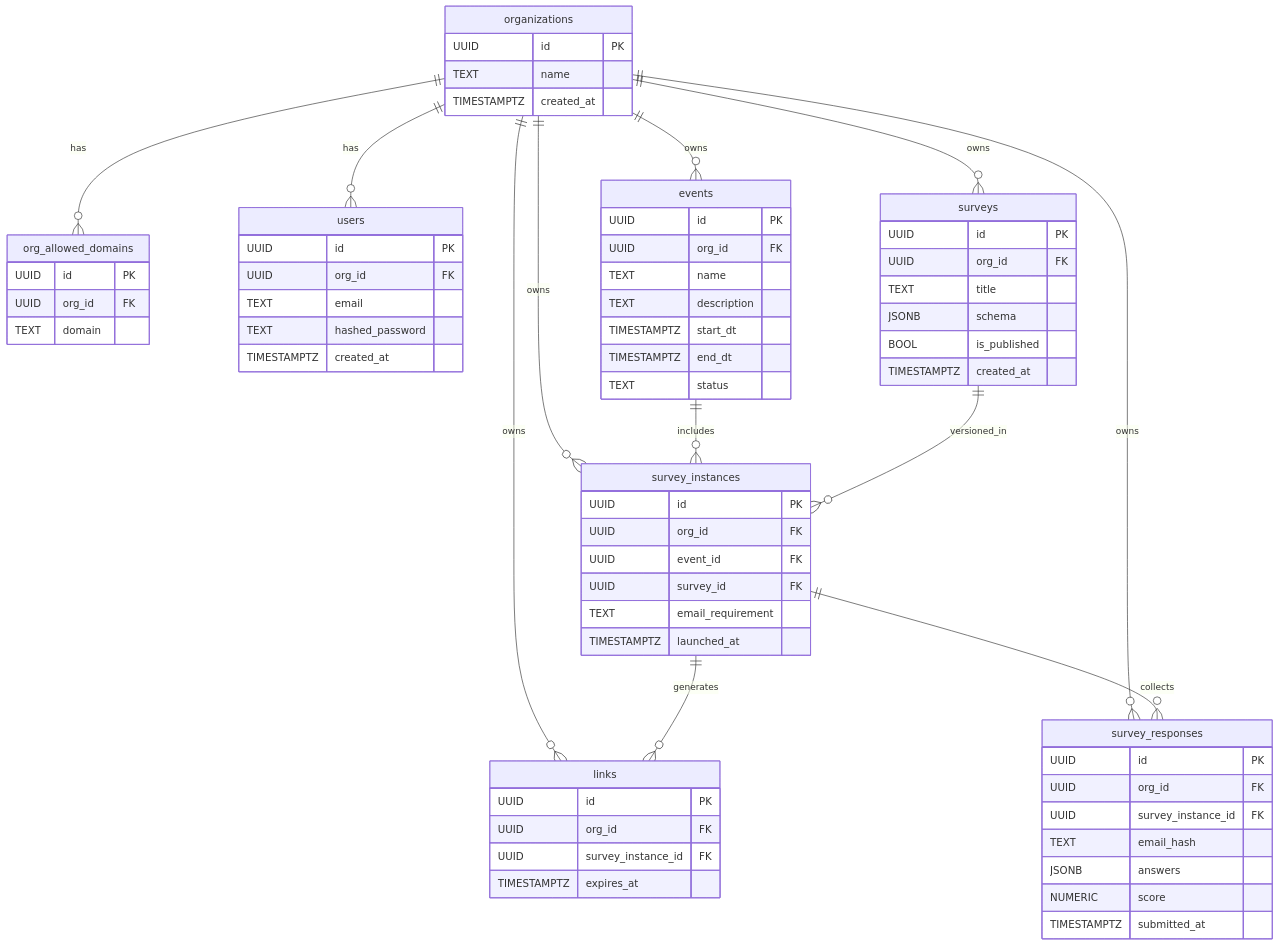
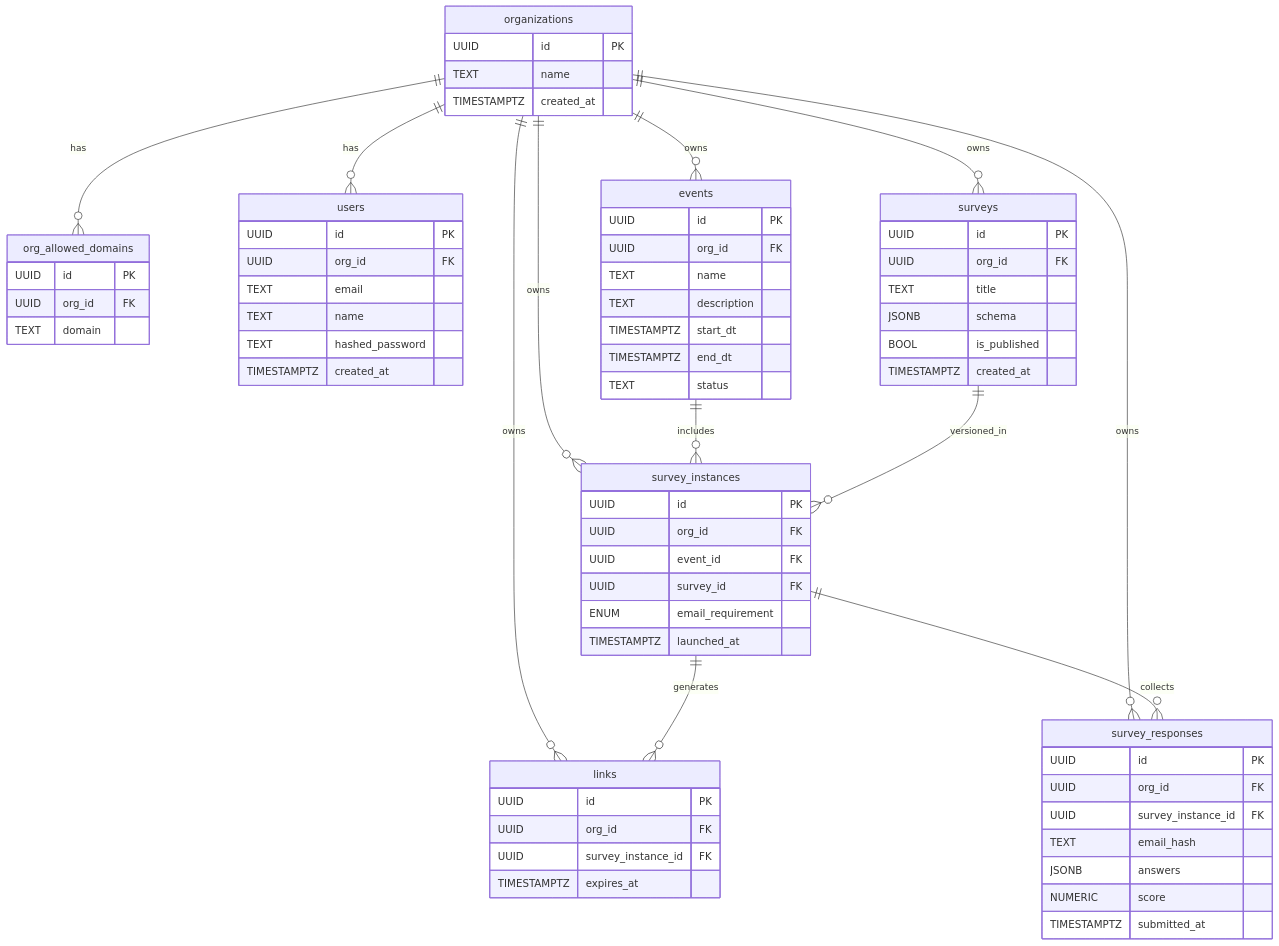
The diagram in backend/er.md (venti-josh/reventa), drawn with Mermaid before and after one commit. The commit also changed 20 other files, not shown here.

Commit message:
Adds Models and Schemas

````diff
--- a/backend/er.md
+++ b/backend/er.md
@@ -1,81 +1,82 @@
 ```mermaid
 erDiagram
     organizations {
         UUID id PK
         TEXT name
         TIMESTAMPTZ created_at
     }
 
     org_allowed_domains {
         UUID id PK
         UUID org_id FK
         TEXT domain
     }
 
     users {
         UUID id PK
         UUID org_id FK
         TEXT email
+        TEXT name
         TEXT hashed_password
         TIMESTAMPTZ created_at
     }
 
     events {
         UUID id PK
         UUID org_id FK
         TEXT name
         TEXT description
         TIMESTAMPTZ start_dt
         TIMESTAMPTZ end_dt
         TEXT status
     }
 
     surveys {
         UUID id PK
         UUID org_id FK
         TEXT title
         JSONB schema
         BOOL is_published
         TIMESTAMPTZ created_at
     }
 
     survey_instances {
         UUID id PK
         UUID org_id FK
         UUID event_id FK
         UUID survey_id FK
         %% /* none | optional_any | optional_org */ %%
-        TEXT email_requirement
+        ENUM email_requirement
         TIMESTAMPTZ launched_at
     }
 
     links {
         UUID id PK
         UUID org_id FK
         UUID survey_instance_id FK
         TIMESTAMPTZ expires_at
     }
 
     survey_responses {
         UUID id PK
         UUID org_id FK
         UUID survey_instance_id FK
         TEXT email_hash
         JSONB answers
         NUMERIC score
         TIMESTAMPTZ submitted_at
     }
 
     organizations ||--o{ org_allowed_domains : has
     organizations ||--o{ users              : has
     organizations ||--o{ events             : owns
     organizations ||--o{ surveys            : owns
     organizations ||--o{ survey_instances   : owns
     organizations ||--o{ links              : owns
     organizations ||--o{ survey_responses   : owns
 
     events ||--o{ survey_instances      : includes
     surveys ||--o{ survey_instances     : versioned_in
     survey_instances ||--o{ links       : generates
     survey_instances ||--o{ survey_responses : collects
 ```
````
